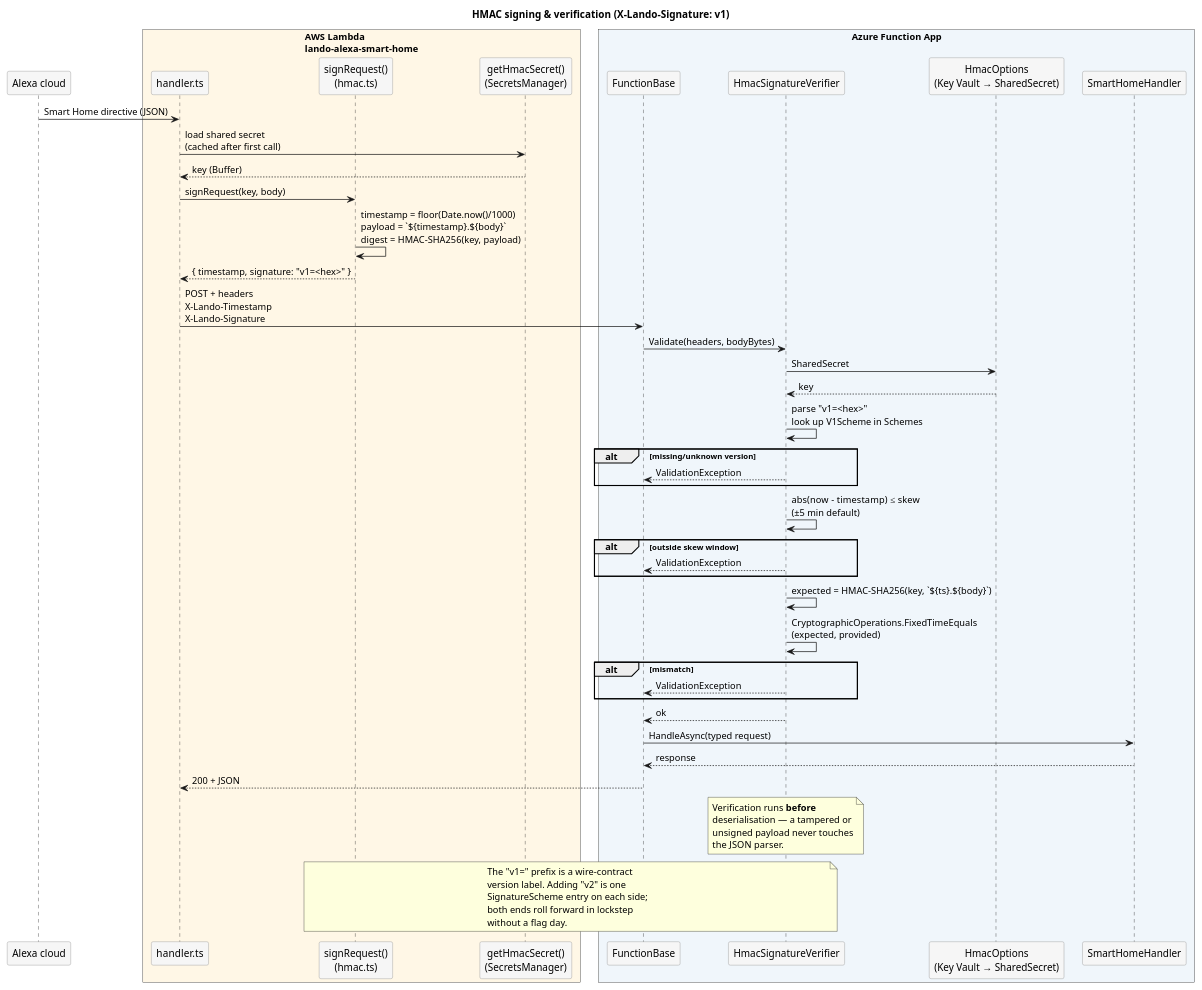
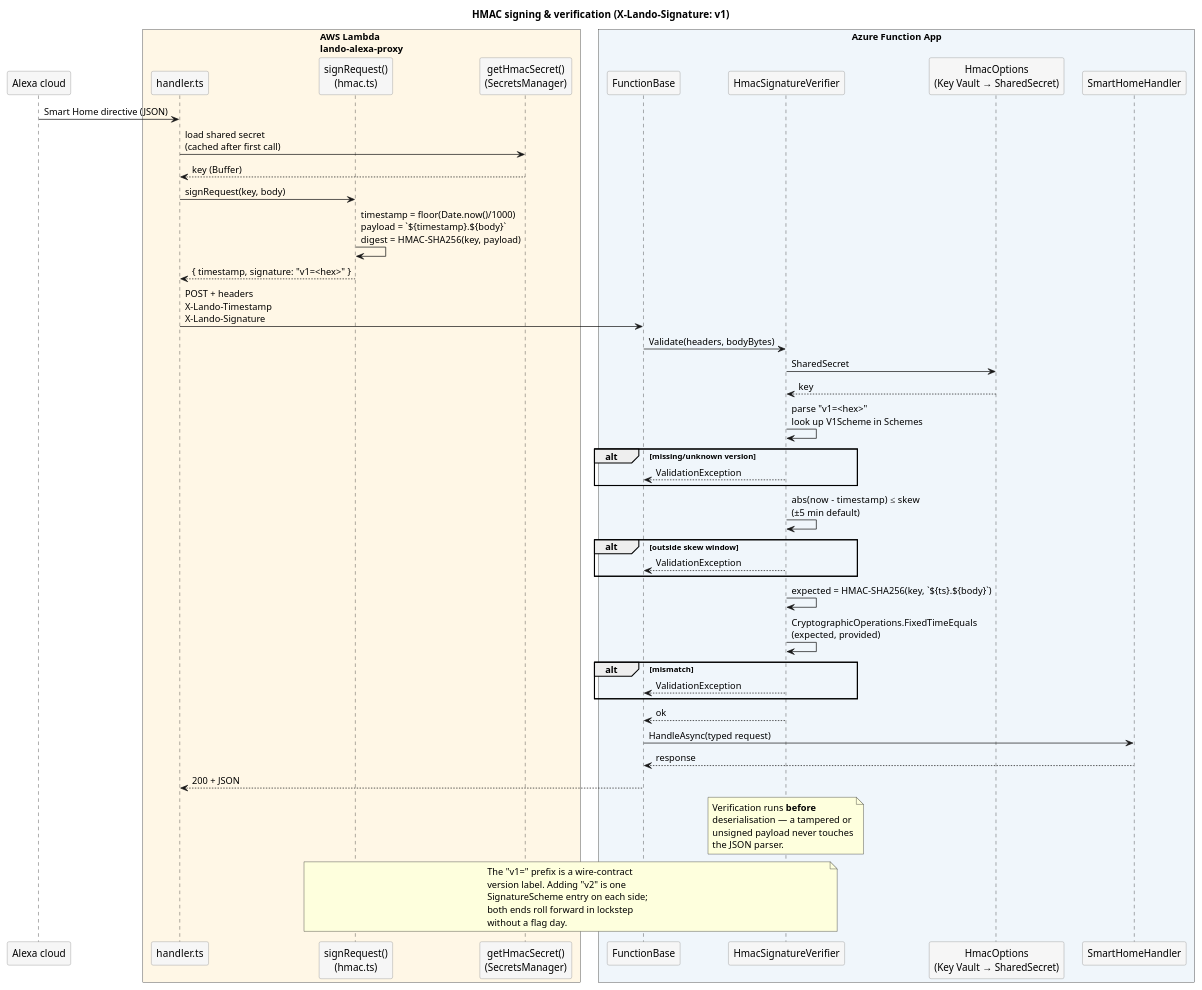
One commit to mirapalheta/lando changed the diagram in docs/assets/src/09-hmac-flow.puml. Above: the diagram before and after it, drawn with PlantUML. The commit also changed 100 other files, not shown here.

```diff
--- a/docs/assets/src/09-hmac-flow.puml
+++ b/docs/assets/src/09-hmac-flow.puml
@@ -1,69 +1,69 @@
 @startuml 09-hmac-flow
 title HMAC signing & verification (X-Lando-Signature: v1)
 
 skinparam defaultFontName Helvetica
 skinparam shadowing false
 skinparam sequenceArrowThickness 1
 skinparam ParticipantPadding 8
 skinparam BoxPadding 12
 skinparam ParticipantBackgroundColor #F6F6F6
 skinparam ParticipantBorderColor #888888
 
 participant "Alexa cloud" as alexa
-box "AWS Lambda\nlando-alexa-smart-home" #FFF7E6
+box "AWS Lambda\nlando-alexa-proxy" #FFF7E6
   participant "handler.ts" as h
   participant "signRequest()\n(hmac.ts)" as sign
   participant "getHmacSecret()\n(SecretsManager)" as sm
 end box
 box "Azure Function App" #F0F6FB
   participant "FunctionBase" as base
   participant "HmacSignatureVerifier" as ver
   participant "HmacOptions\n(Key Vault → SharedSecret)" as kvopts
   participant "SmartHomeHandler" as smh
 end box
 
 alexa -> h : Smart Home directive (JSON)
 h -> sm : load shared secret\n(cached after first call)
 sm --> h : key (Buffer)
 h -> sign : signRequest(key, body)
 sign -> sign : timestamp = floor(Date.now()/1000)\npayload = `${timestamp}.${body}`\ndigest = HMAC-SHA256(key, payload)
 sign --> h : { timestamp, signature: "v1=<hex>" }
 h -> base : POST + headers\nX-Lando-Timestamp\nX-Lando-Signature
 
 base -> ver : Validate(headers, bodyBytes)
 ver -> kvopts : SharedSecret
 kvopts --> ver : key
 ver -> ver : parse "v1=<hex>"\nlook up V1Scheme in Schemes
 alt missing/unknown version
   ver --> base : ValidationException
 end
 ver -> ver : abs(now - timestamp) ≤ skew\n(±5 min default)
 alt outside skew window
   ver --> base : ValidationException
 end
 ver -> ver : expected = HMAC-SHA256(key, `${ts}.${body}`)
 ver -> ver : CryptographicOperations.FixedTimeEquals\n(expected, provided)
 alt mismatch
   ver --> base : ValidationException
 end
 ver --> base : ok
 base -> smh : HandleAsync(typed request)
 smh --> base : response
 base --> h : 200 + JSON
 
 note over ver
   Verification runs **before**
   deserialisation — a tampered or
   unsigned payload never touches
   the JSON parser.
 end note
 
 note over sign, ver
   The "v1=" prefix is a wire-contract
   version label. Adding "v2" is one
   SignatureScheme entry on each side;
   both ends roll forward in lockstep
   without a flag day.
 end note
 
 @enduml
```
